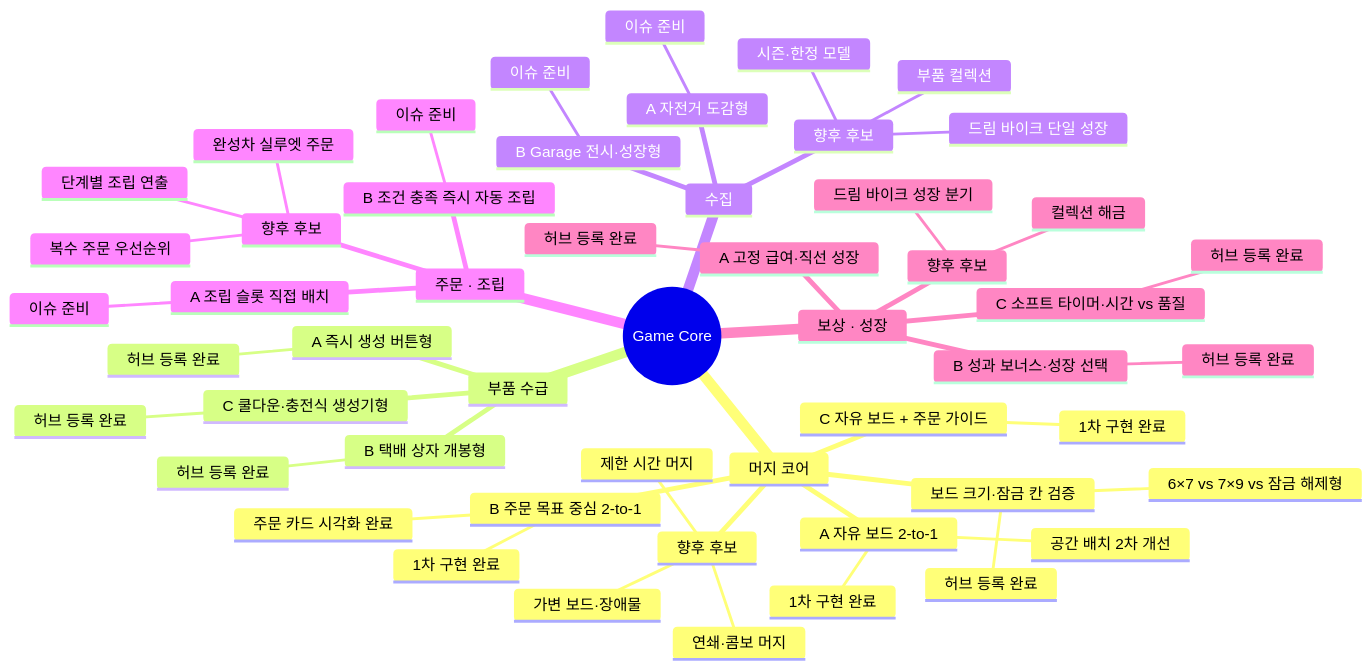
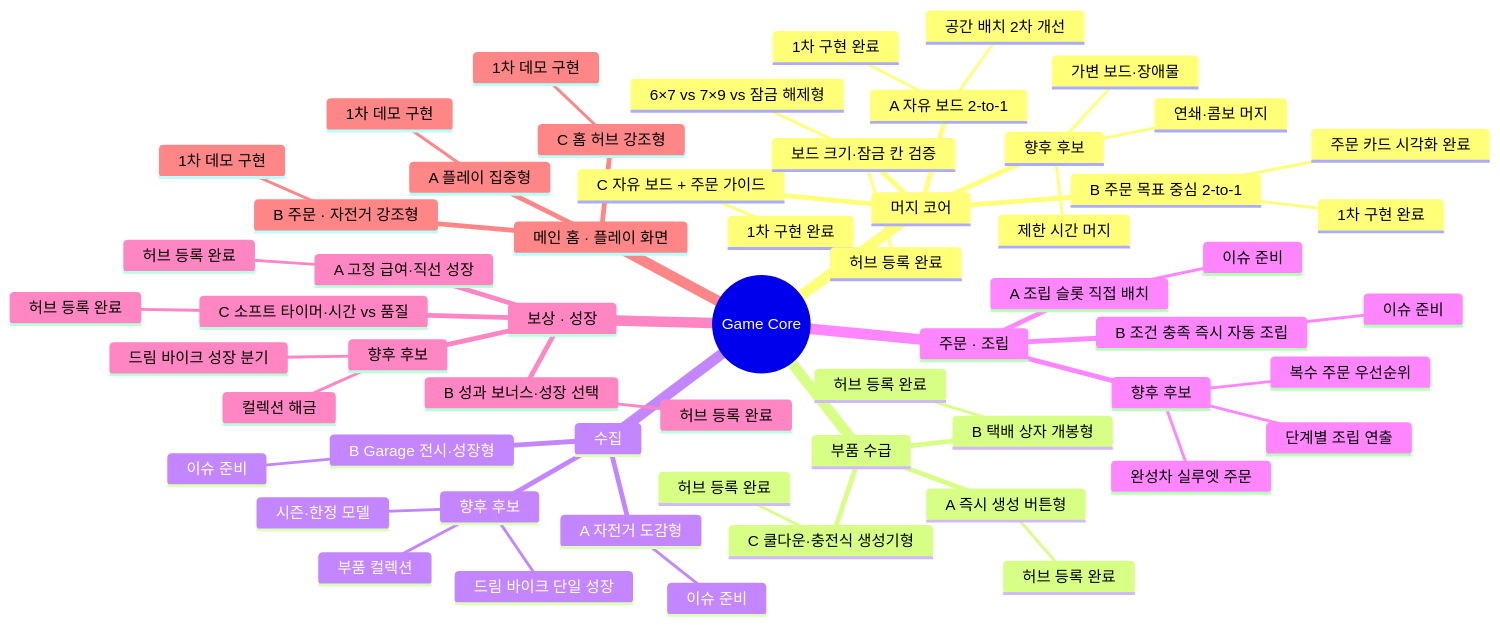
The second of 4 diagrams in docs/LAB_PROTOTYPE_MAP.md (aigemro/dream-bike-garage-lab), drawn with Mermaid before and after one commit. The commit also changed other lines of this file and 7 other files, not shown here.

````diff
--- a/docs/LAB_PROTOTYPE_MAP.md
+++ b/docs/LAB_PROTOTYPE_MAP.md
@@ -39,55 +40,62 @@
 ```mermaid
 mindmap
   root((Game Core))
     머지 코어
       A 자유 보드 2-to-1
         1차 구현 완료
         공간 배치 2차 개선
       B 주문 목표 중심 2-to-1
         1차 구현 완료
         주문 카드 시각화 완료
       C 자유 보드 + 주문 가이드
         1차 구현 완료
       보드 크기·잠금 칸 검증
         6×7 vs 7×9 vs 잠금 해제형
         허브 등록 완료
       향후 후보
         연쇄·콤보 머지
         제한 시간 머지
         가변 보드·장애물
     부품 수급
       A 즉시 생성 버튼형
         허브 등록 완료
       B 택배 상자 개봉형
         허브 등록 완료
       C 쿨다운·충전식 생성기형
         허브 등록 완료
     수집
       A 자전거 도감형
         이슈 준비
       B Garage 전시·성장형
         이슈 준비
       향후 후보
         드림 바이크 단일 성장
         부품 컬렉션
         시즌·한정 모델
     주문 · 조립
       A 조립 슬롯 직접 배치
         이슈 준비
       B 조건 충족 즉시 자동 조립
         이슈 준비
       향후 후보
         단계별 조립 연출
         완성차 실루엣 주문
         복수 주문 우선순위
     보상 · 성장
       A 고정 급여·직선 성장
         허브 등록 완료
       B 성과 보너스·성장 선택
         허브 등록 완료
       C 소프트 타이머·시간 vs 품질
         허브 등록 완료
       향후 후보
         컬렉션 해금
         드림 바이크 성장 분기
+    메인 홈 · 플레이 화면
+      A 플레이 집중형
+        1차 데모 구현
+      B 주문 · 자전거 강조형
+        1차 데모 구현
+      C 홈 허브 강조형
+        1차 데모 구현
 ```
````
